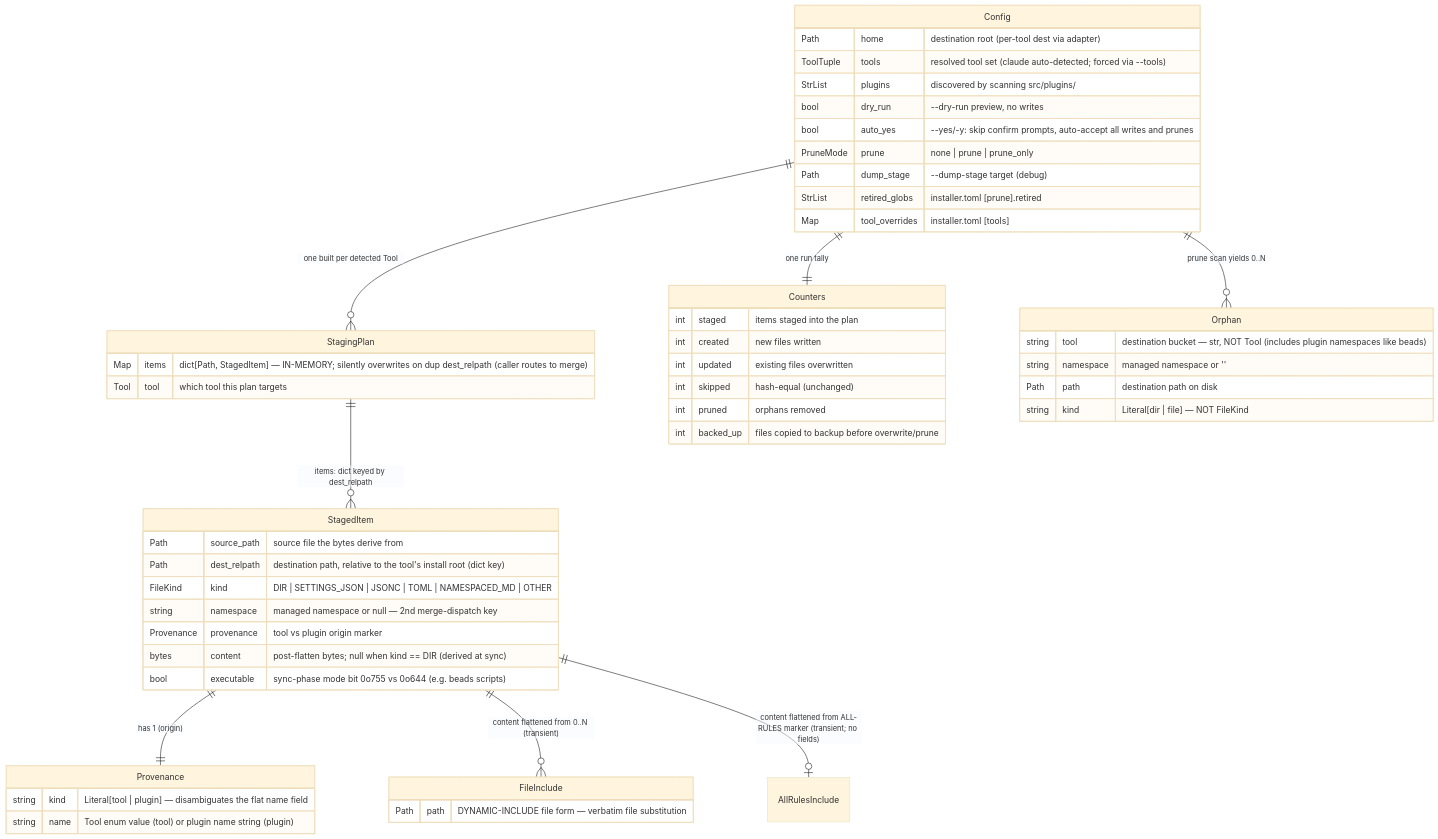
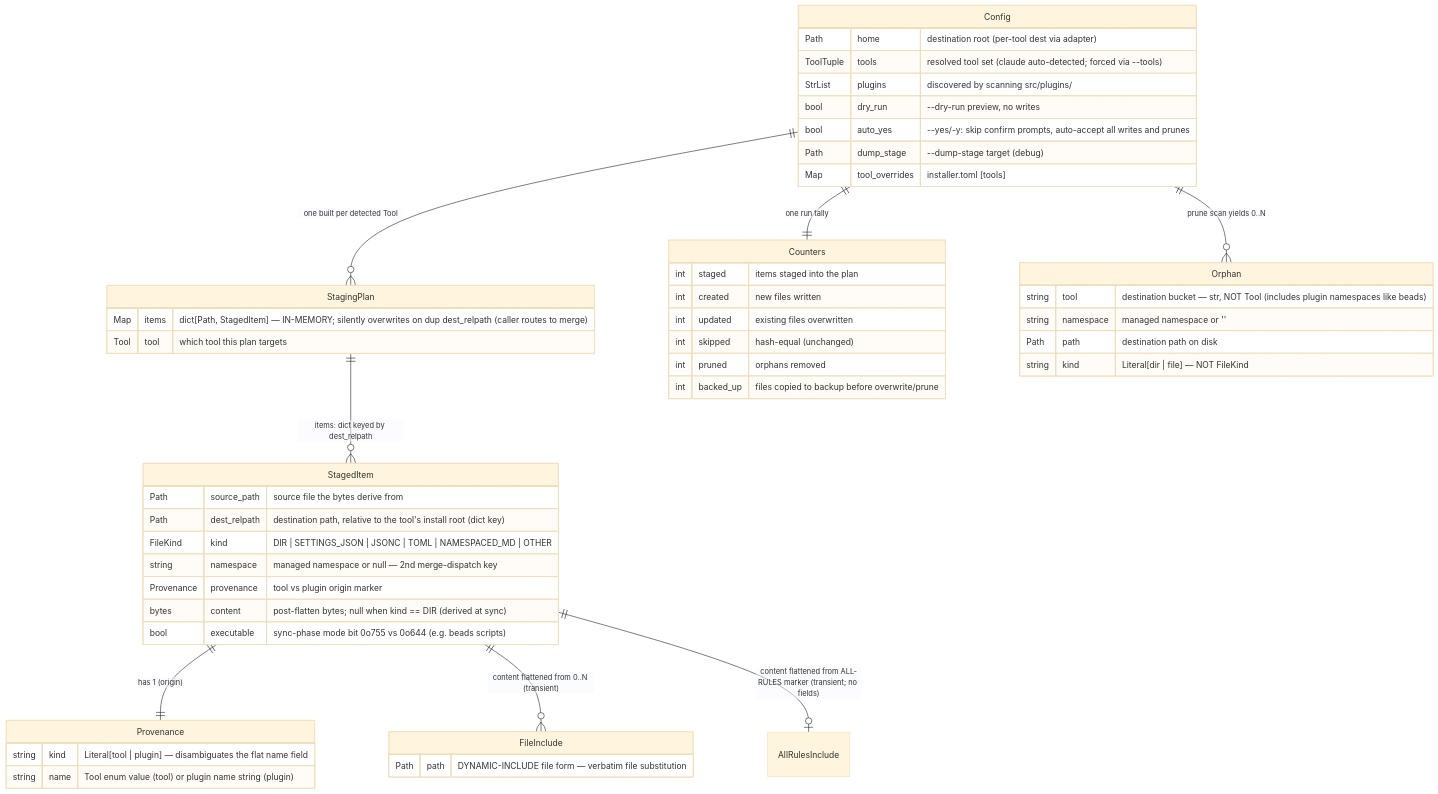
The first of 3 diagrams in docs/architecture/installer/data-view.md (scotthamilton77/agents-config), drawn with Mermaid (base theme) before and after one commit. The commit also changed other lines of this file and 38 other files, not shown here.

First line of the commit message:
feat(installer): install-receipt-based pruning (replaces glob prune-list) (#200)

````diff
--- a/docs/architecture/installer/data-view.md
+++ b/docs/architecture/installer/data-view.md
@@ -36,62 +37,60 @@
 ```mermaid
 erDiagram
     Config      ||--o{ StagingPlan      : "one built per detected Tool"
     StagingPlan ||--o{ StagedItem       : "items: dict keyed by dest_relpath"
     StagedItem  ||--|| Provenance        : "has 1 (origin)"
     StagedItem  ||--o{ FileInclude       : "content flattened from 0..N (transient)"
     StagedItem  ||--o| AllRulesInclude   : "content flattened from ALL-RULES marker (transient; no fields)"
     Config      ||--|| Counters          : "one run tally"
     Config      ||--o{ Orphan            : "prune scan yields 0..N"
 
     Config {
         Path      home           "destination root (per-tool dest via adapter)"
         ToolTuple tools          "resolved tool set (claude auto-detected; forced via --tools)"
         StrList   plugins        "discovered by scanning src/plugins/"
         bool      dry_run        "--dry-run preview, no writes"
         bool      auto_yes       "--yes/-y: skip confirm prompts, auto-accept all writes and prunes"
-        PruneMode prune          "none | prune | prune_only"
         Path      dump_stage     "--dump-stage target (debug)"
-        StrList   retired_globs  "installer.toml [prune].retired"
         Map       tool_overrides "installer.toml [tools]"
     }
 
     StagingPlan {
         Map  items  "dict[Path, StagedItem] — IN-MEMORY; silently overwrites on dup dest_relpath (caller routes to merge)"
         Tool tool   "which tool this plan targets"
     }
 
     StagedItem {
         Path     source_path   "source file the bytes derive from"
         Path     dest_relpath  "destination path, relative to the tool's install root (dict key)"
         FileKind kind          "DIR | SETTINGS_JSON | JSONC | TOML | NAMESPACED_MD | OTHER"
         string   namespace     "managed namespace or null — 2nd merge-dispatch key"
         Provenance provenance  "tool vs plugin origin marker"
         bytes    content       "post-flatten bytes; null when kind == DIR (derived at sync)"
         bool     executable    "sync-phase mode bit 0o755 vs 0o644 (e.g. beads scripts)"
     }
 
     Provenance {
         string kind  "Literal[tool | plugin] — disambiguates the flat name field"
         string name  "Tool enum value (tool) or plugin name string (plugin)"
     }
 
     FileInclude {
         Path path  "DYNAMIC-INCLUDE file form — verbatim file substitution"
     }
 
     Orphan {
         string tool       "destination bucket — str, NOT Tool (includes plugin namespaces like beads)"
         string namespace  "managed namespace or ''"
         Path   path       "destination path on disk"
         string kind       "Literal[dir | file] — NOT FileKind"
     }
 
     Counters {
         int staged     "items staged into the plan"
         int created    "new files written"
         int updated    "existing files overwritten"
         int skipped    "hash-equal (unchanged)"
         int pruned     "orphans removed"
         int backed_up  "files copied to backup before overwrite/prune"
     }
 ```
````
